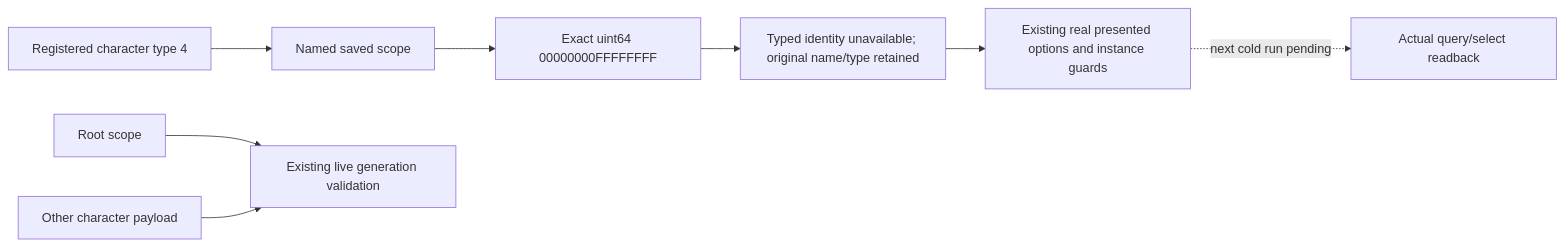
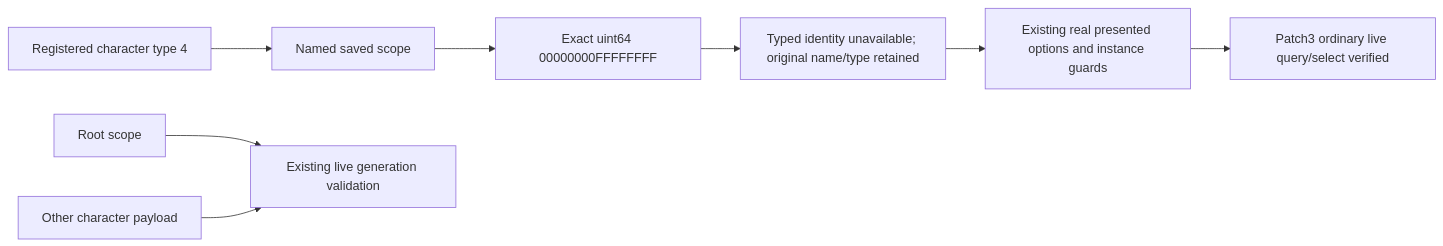
One commit to XenoAmess/ck3_eternal_recurrence changed the diagram in docs/ck3-native-ai/nullable-saved-character-scope-1.20.0.3.md. Above: the diagram before and after it, drawn with Mermaid. The commit also changed other lines of this file and 1 other file, not shown here.

Commit message:
Document shared knowledge ownership and live null-scope regression

````diff
--- a/docs/ck3-native-ai/nullable-saved-character-scope-1.20.0.3.md
+++ b/docs/ck3-native-ai/nullable-saved-character-scope-1.20.0.3.md
@@ -37,10 +37,10 @@
 ```mermaid
 flowchart LR
     Type[Registered character type 4] --> Saved[Named saved scope]
     Saved --> Sentinel[Exact uint64 00000000FFFFFFFF]
     Sentinel --> Null[Typed identity unavailable; original name/type retained]
     Root[Root scope] --> Strict[Existing live generation validation]
     Other[Other character payload] --> Strict
     Null --> Options[Existing real presented options and instance guards]
-    Options -. next cold run pending .-> Live[Actual query/select readback]
+    Options --> Live[Patch3 ordinary live query/select verified]
 ```
````
